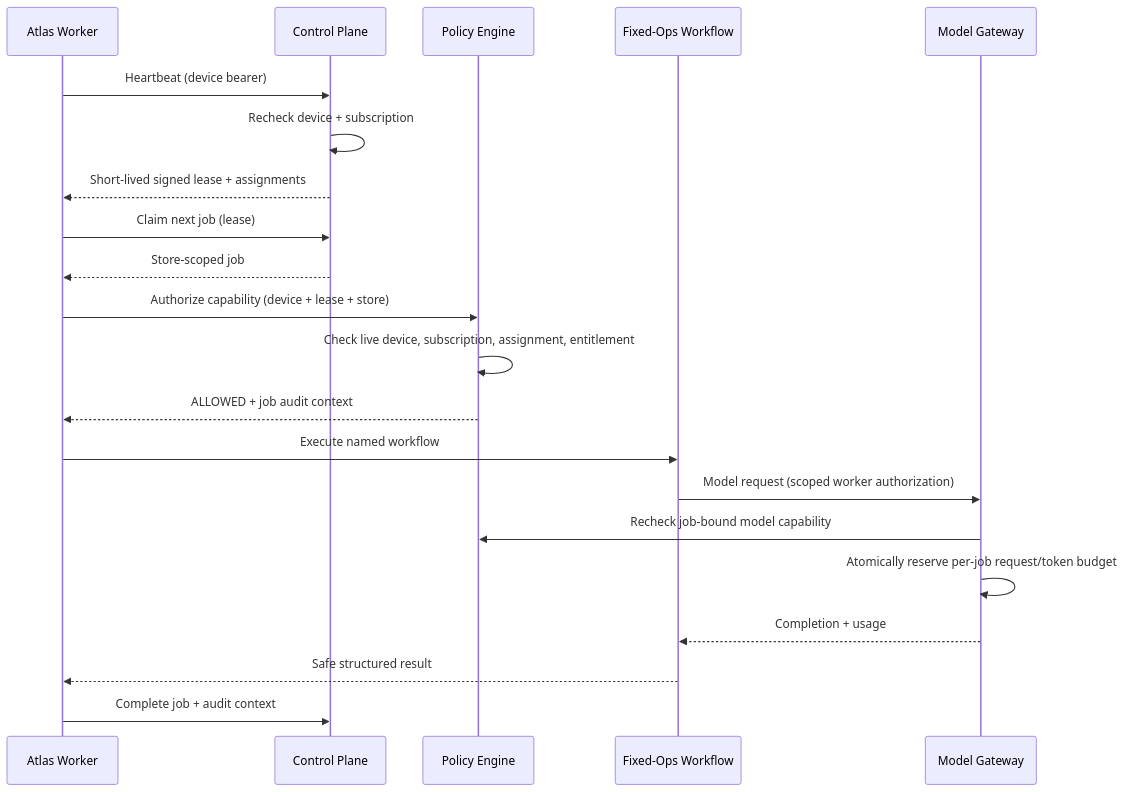
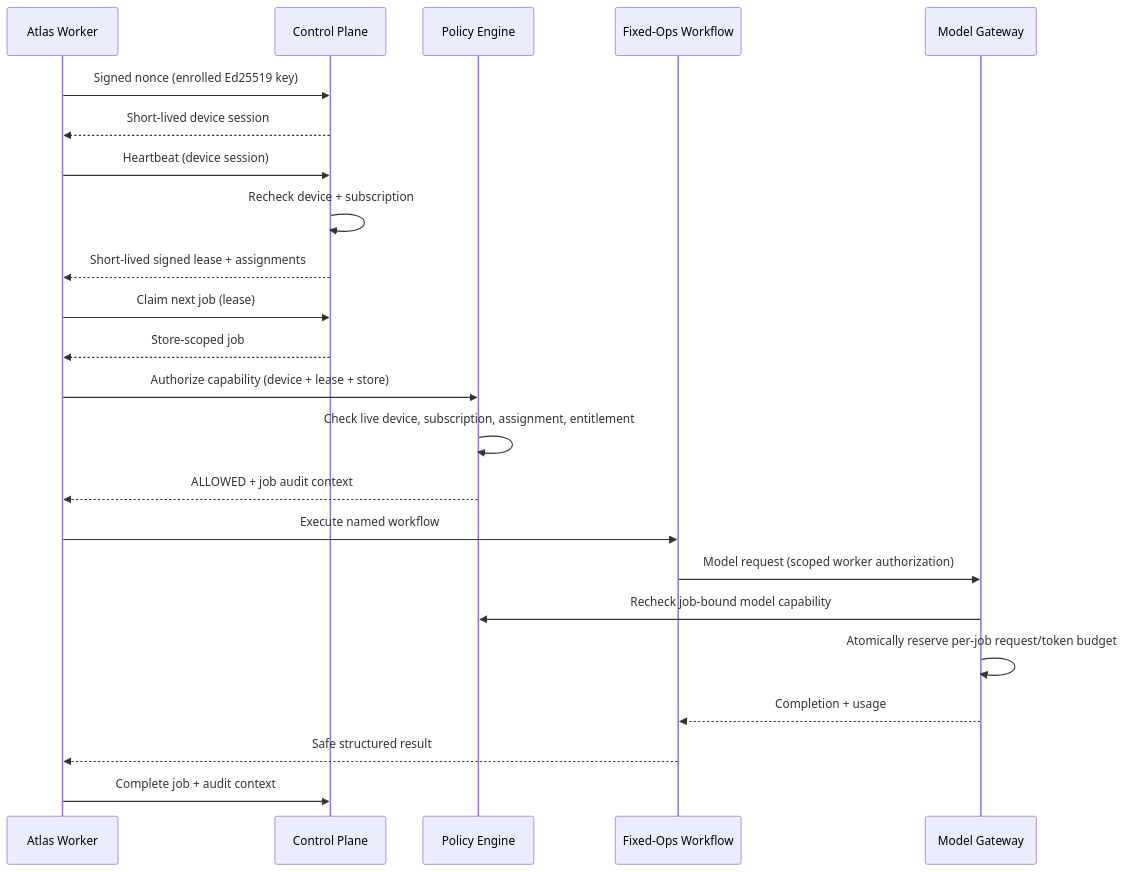
The second of 3 diagrams in docs/altas/ARCHITECTURE.md (Seomzo/atlas-platform-experiments), drawn with Mermaid before and after one commit. The commit also changed other lines of this file and 13 other files, not shown here.

````diff
--- a/docs/altas/ARCHITECTURE.md
+++ b/docs/altas/ARCHITECTURE.md
@@ -58,24 +63,26 @@
 ```mermaid
 sequenceDiagram
     participant W as Atlas Worker
     participant CP as Control Plane
     participant PE as Policy Engine
     participant F as Fixed-Ops Workflow
     participant MG as Model Gateway
 
-    W->>CP: Heartbeat (device bearer)
+    W->>CP: Signed nonce (enrolled Ed25519 key)
+    CP-->>W: Short-lived device session
+    W->>CP: Heartbeat (device session)
     CP->>CP: Recheck device + subscription
     CP-->>W: Short-lived signed lease + assignments
     W->>CP: Claim next job (lease)
     CP-->>W: Store-scoped job
     W->>PE: Authorize capability (device + lease + store)
     PE->>PE: Check live device, subscription, assignment, entitlement
     PE-->>W: ALLOWED + job audit context
     W->>F: Execute named workflow
     F->>MG: Model request (scoped worker authorization)
     MG->>PE: Recheck job-bound model capability
     MG->>MG: Atomically reserve per-job request/token budget
     MG-->>F: Completion + usage
     F-->>W: Safe structured result
     W->>CP: Complete job + audit context
 ```
````
